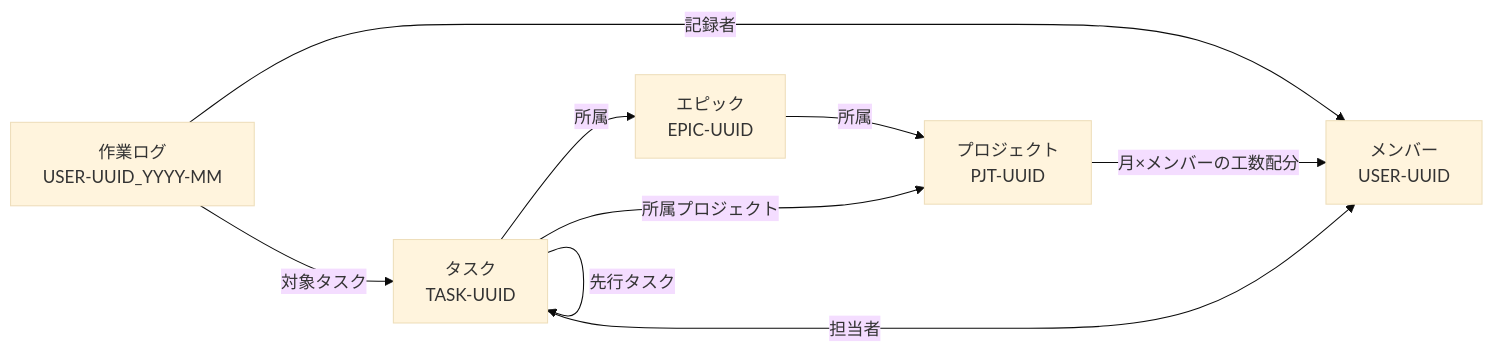
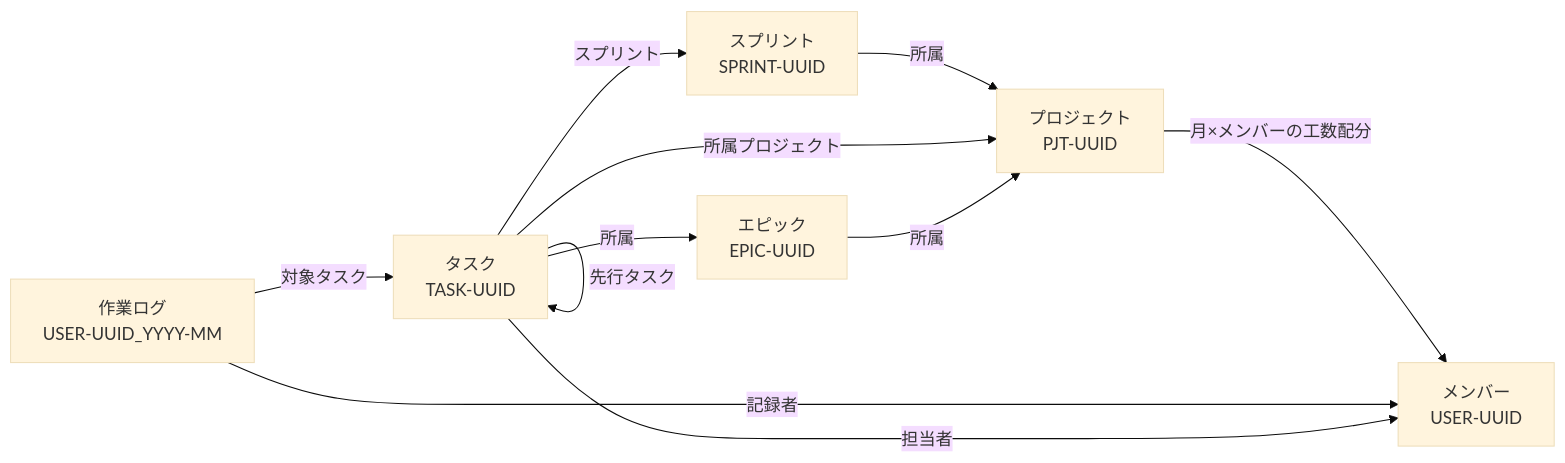
Before and after one commit to 2JO-code/2JO-dev-obsidian-pm-plugin: the diagram in docs/REQUIREMENTS.md, drawn with Mermaid (base theme). The commit also changed other lines of this file and 46 other files, not shown here.

````diff
--- a/docs/REQUIREMENTS.md
+++ b/docs/REQUIREMENTS.md
@@ -115,17 +116,20 @@
 ```mermaid
 flowchart LR
     PJT["プロジェクト<br/>PJT-UUID"]
     EPIC["エピック<br/>EPIC-UUID"]
     TASK["タスク<br/>TASK-UUID"]
     USER["メンバー<br/>USER-UUID"]
     LOG["作業ログ<br/>USER-UUID_YYYY-MM"]
+    SPRINT["スプリント<br/>SPRINT-UUID"]
 
     EPIC -->|所属| PJT
     TASK -->|所属| EPIC
     TASK -->|所属プロジェクト| PJT
     TASK -->|先行タスク| TASK
+    TASK -->|スプリント| SPRINT
+    SPRINT -->|所属| PJT
     TASK -->|担当者| USER
     LOG -->|記録者| USER
     LOG -->|対象タスク| TASK
     PJT -->|月×メンバーの工数配分| USER
 ```
````
